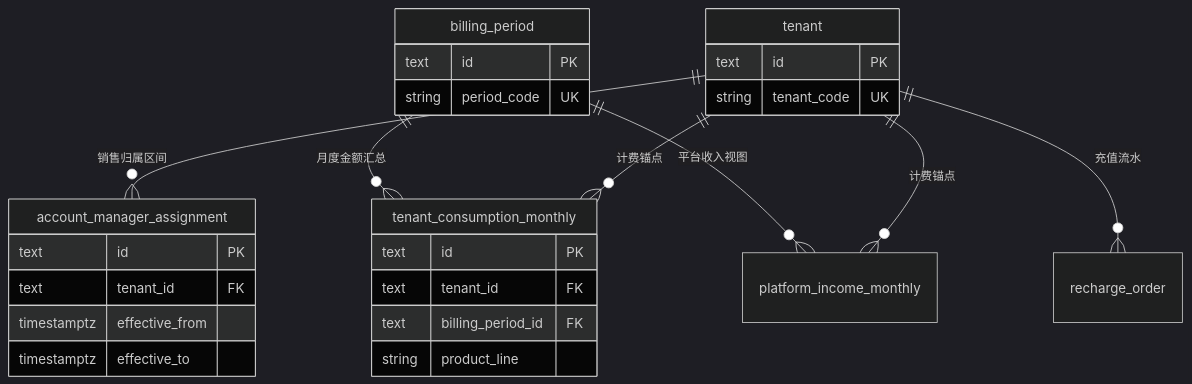
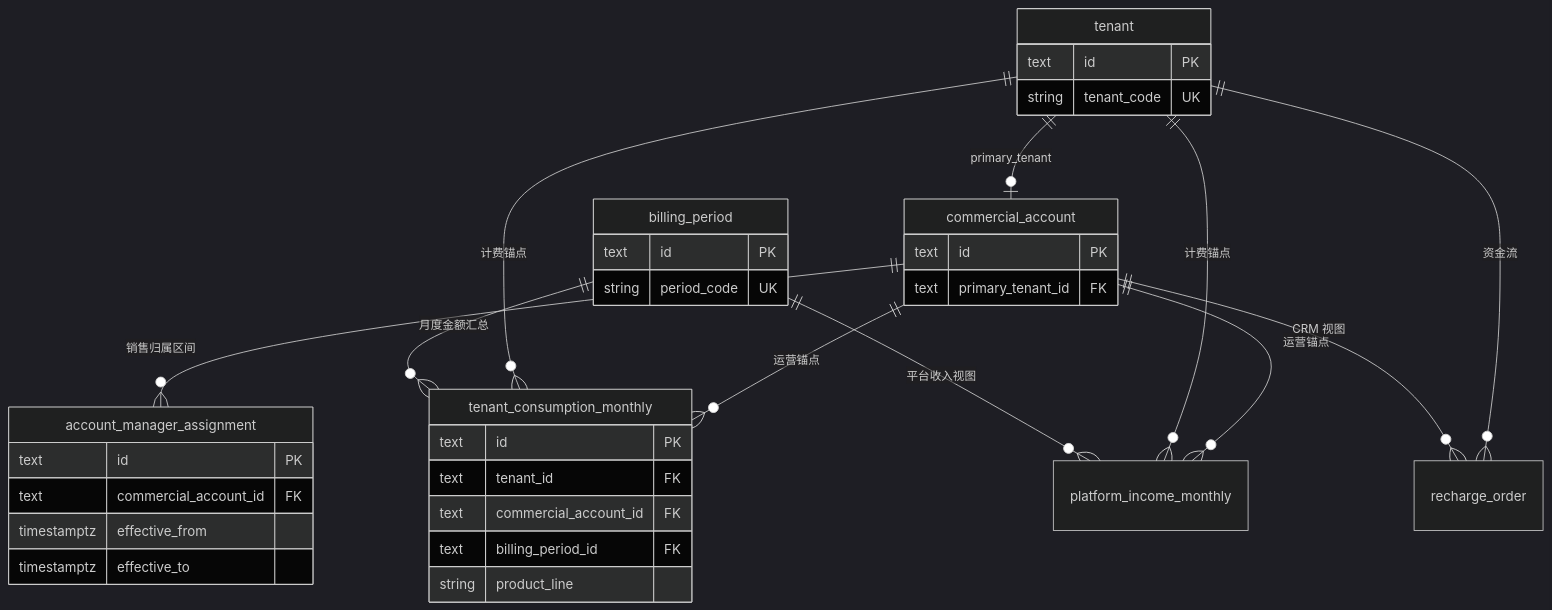
The sixth of 9 diagrams in apps/docs/content/design/database-schema-structure.md (metacode0602/opencomfy-hub), drawn with Mermaid (dark theme) before and after one commit. The commit also changed other lines of this file and 45 other files, not shown here.

````diff
--- a/apps/docs/content/design/database-schema-structure.md
+++ b/apps/docs/content/design/database-schema-structure.md
@@ -849,35 +961,45 @@
 ```mermaid
 erDiagram
-  tenant ||--o{ account_manager_assignment : "销售归属区间"
+  tenant ||--o| commercial_account : "primary_tenant"
+  commercial_account ||--o{ account_manager_assignment : "销售归属区间"
 
   billing_period ||--o{ tenant_consumption_monthly : "月度金额汇总"
   billing_period ||--o{ platform_income_monthly : "平台收入视图"
 
   tenant ||--o{ tenant_consumption_monthly : "计费锚点"
+  commercial_account ||--o{ tenant_consumption_monthly : "运营锚点"
   tenant ||--o{ platform_income_monthly : "计费锚点"
-  tenant ||--o{ recharge_order : "充值流水"
+  commercial_account ||--o{ platform_income_monthly : "运营锚点"
+  commercial_account ||--o{ recharge_order : "CRM 视图"
+  tenant ||--o{ recharge_order : "资金流"
 
   tenant {
     text id PK
     string tenant_code UK
   }
 
+  commercial_account {
+    text id PK
+    text primary_tenant_id FK
+  }
+
   account_manager_assignment {
     text id PK
-    text tenant_id FK
+    text commercial_account_id FK
     timestamptz effective_from
     timestamptz effective_to
   }
 
   billing_period {
     text id PK
     string period_code UK
   }
 
   tenant_consumption_monthly {
     text id PK
     text tenant_id FK
+    text commercial_account_id FK
     text billing_period_id FK
     string product_line
   }
 ```
````
